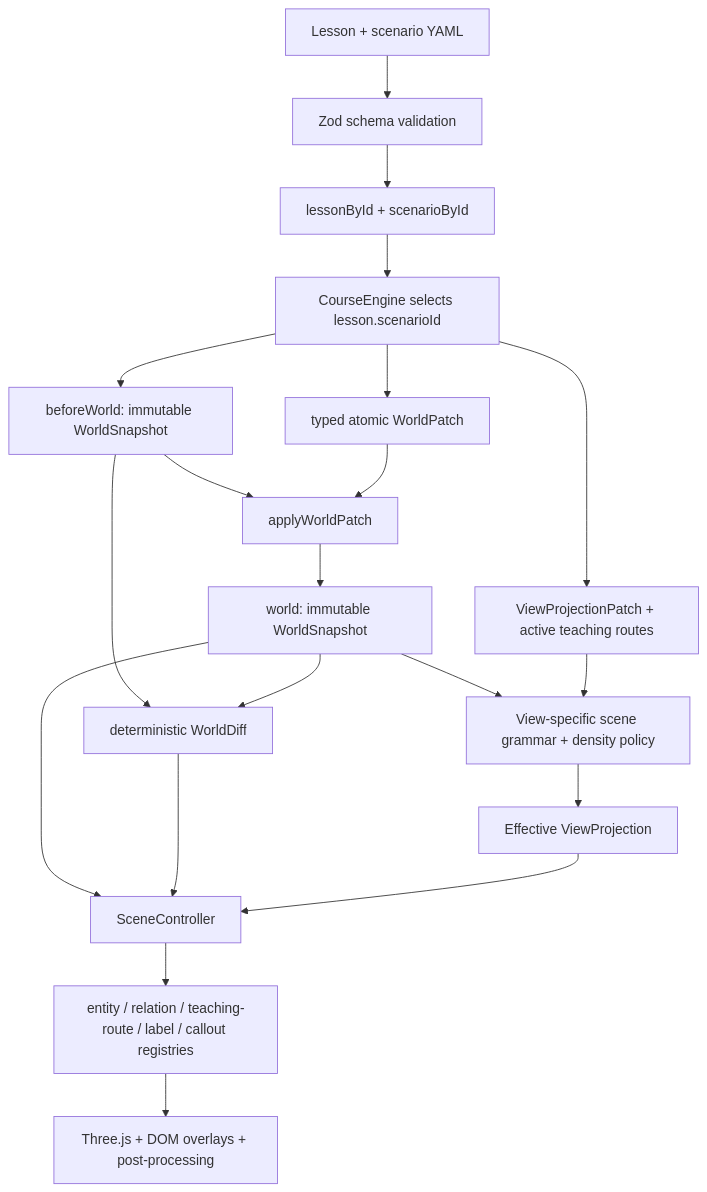
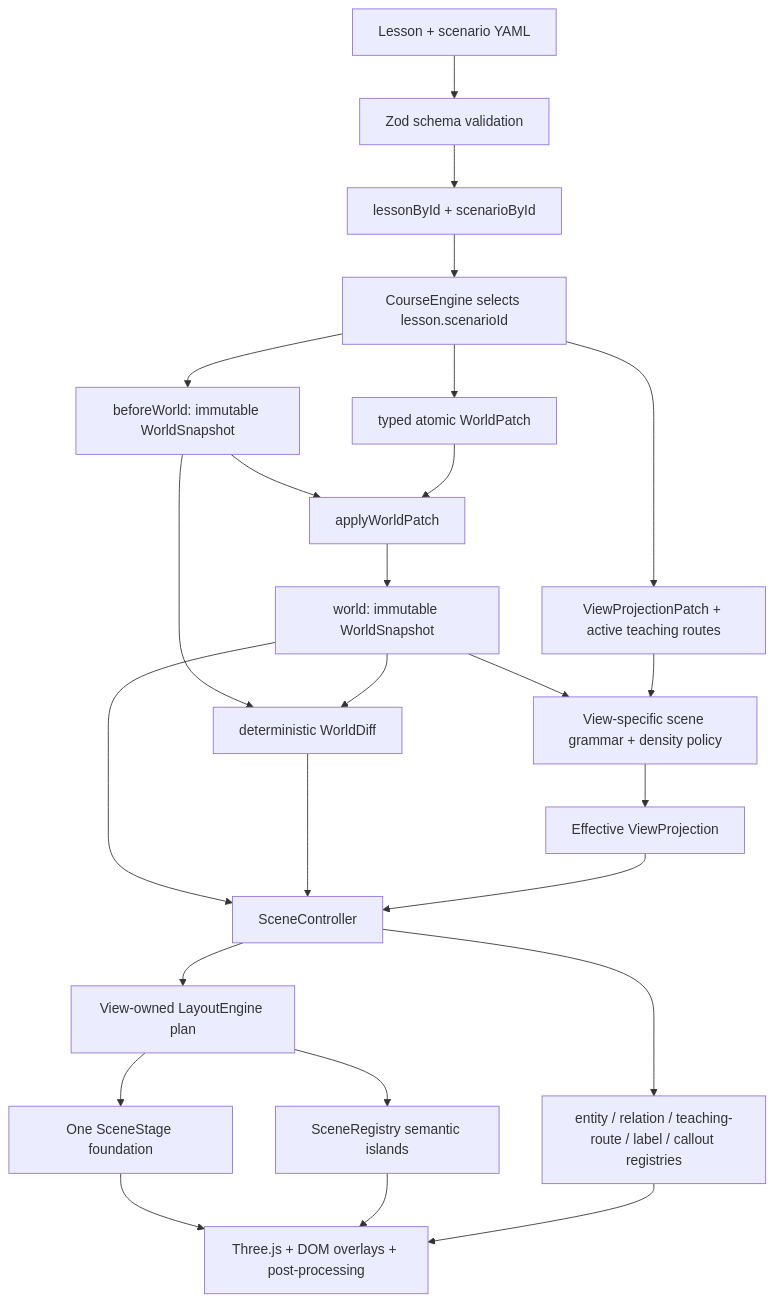
The diagram in docs/architecture.md (TANGBUDU/kubemotion-3d), drawn with Mermaid before and after one commit. The commit also changed other lines of this file and 28 other files, not shown here.

````diff
--- a/docs/architecture.md
+++ b/docs/architecture.md
@@ -3,22 +3,27 @@
 ```mermaid
 flowchart TD
   Authoring["Lesson + scenario YAML"] --> Schema["Zod schema validation"]
   Schema --> Catalog["lessonById + scenarioById"]
   Catalog --> Engine["CourseEngine selects lesson.scenarioId"]
   Engine --> Before["beforeWorld: immutable WorldSnapshot"]
   Engine --> Patch["typed atomic WorldPatch"]
   Before --> Apply["applyWorldPatch"]
   Patch --> Apply
   Apply --> World["world: immutable WorldSnapshot"]
   Before --> Diff["deterministic WorldDiff"]
   World --> Diff
   Engine --> ViewPatch["ViewProjectionPatch + active teaching routes"]
   World --> Grammar["View-specific scene grammar + density policy"]
   ViewPatch --> Grammar
   Grammar --> View["Effective ViewProjection"]
   World --> Scene["SceneController"]
   Diff --> Scene
   View --> Scene
+  Scene --> Layout["View-owned LayoutEngine plan"]
+  Layout --> Stage["One SceneStage foundation"]
+  Layout --> Islands["SceneRegistry semantic islands"]
   Scene --> Registries["entity / relation / teaching-route / label / callout registries"]
+  Stage --> Three
+  Islands --> Three
   Registries --> Three["Three.js + DOM overlays + post-processing"]
 ```
````
